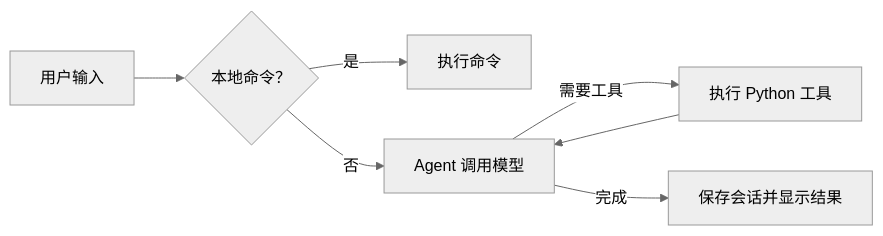
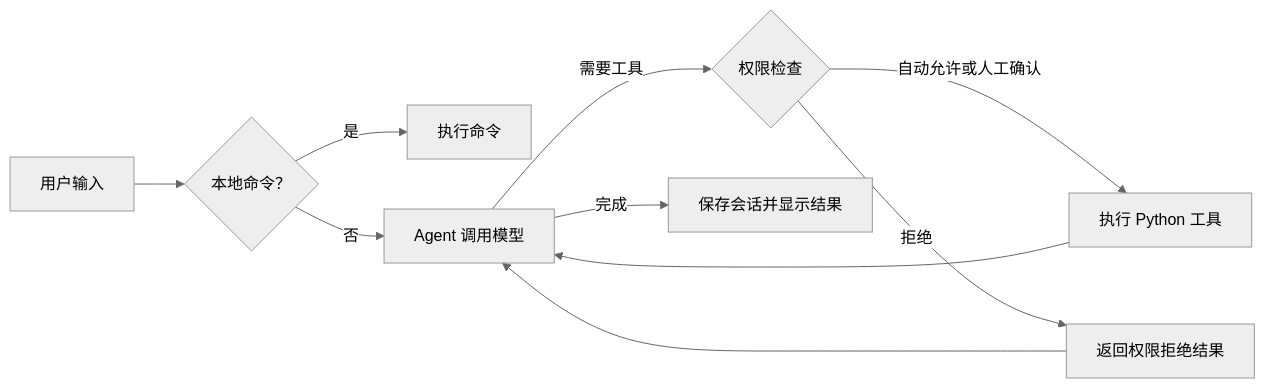
One commit to ranjianghong526-hash/coding-agent-cli changed the diagram in README.md. Above: the diagram before and after it, drawn with Mermaid (neutral theme). The commit also changed other lines of this file and 9 other files, not shown here.

````diff
--- a/README.md
+++ b/README.md
@@ -128,9 +161,12 @@
 ```mermaid
 flowchart LR
     A[用户输入] --> B{本地命令？}
     B -->|是| C[执行命令]
     B -->|否| D[Agent 调用模型]
-    D -->|需要工具| E[执行 Python 工具]
+    D -->|需要工具| P{权限检查}
+    P -->|自动允许或人工确认| E[执行 Python 工具]
+    P -->|拒绝| R[返回权限拒绝结果]
+    R --> D
     E --> D
     D -->|完成| F[保存会话并显示结果]
 ```
````
